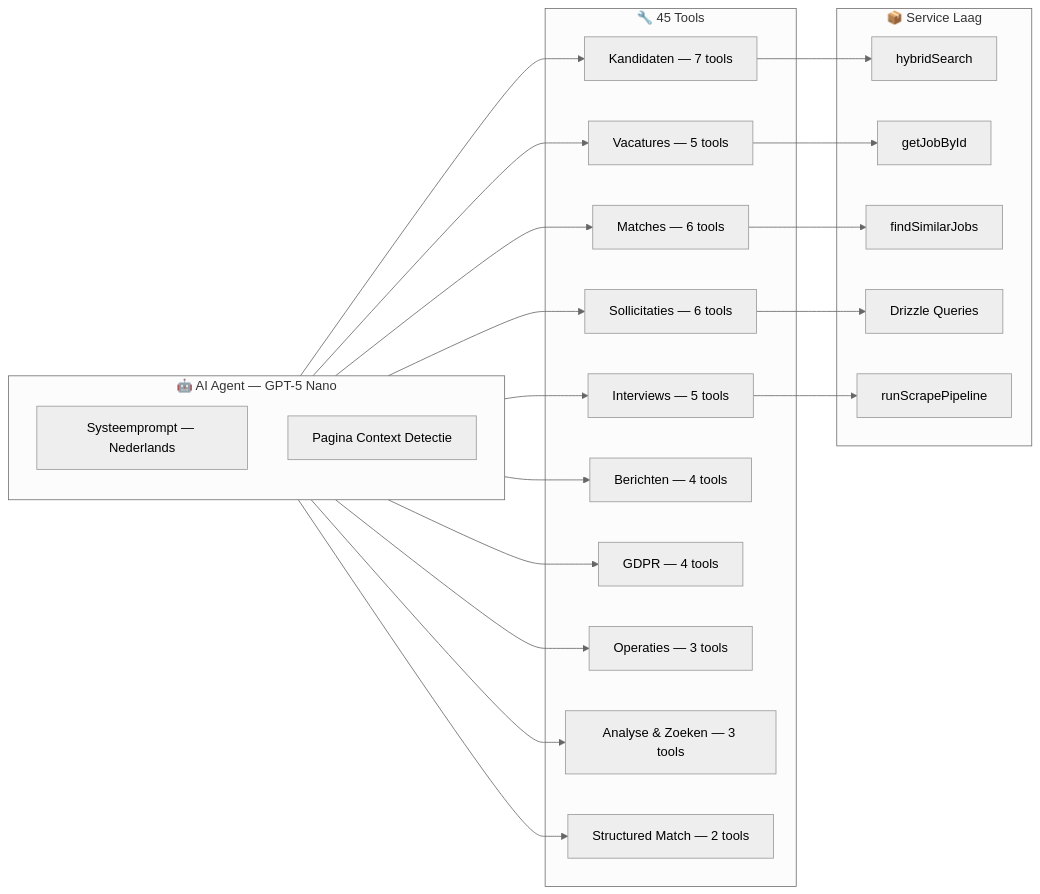
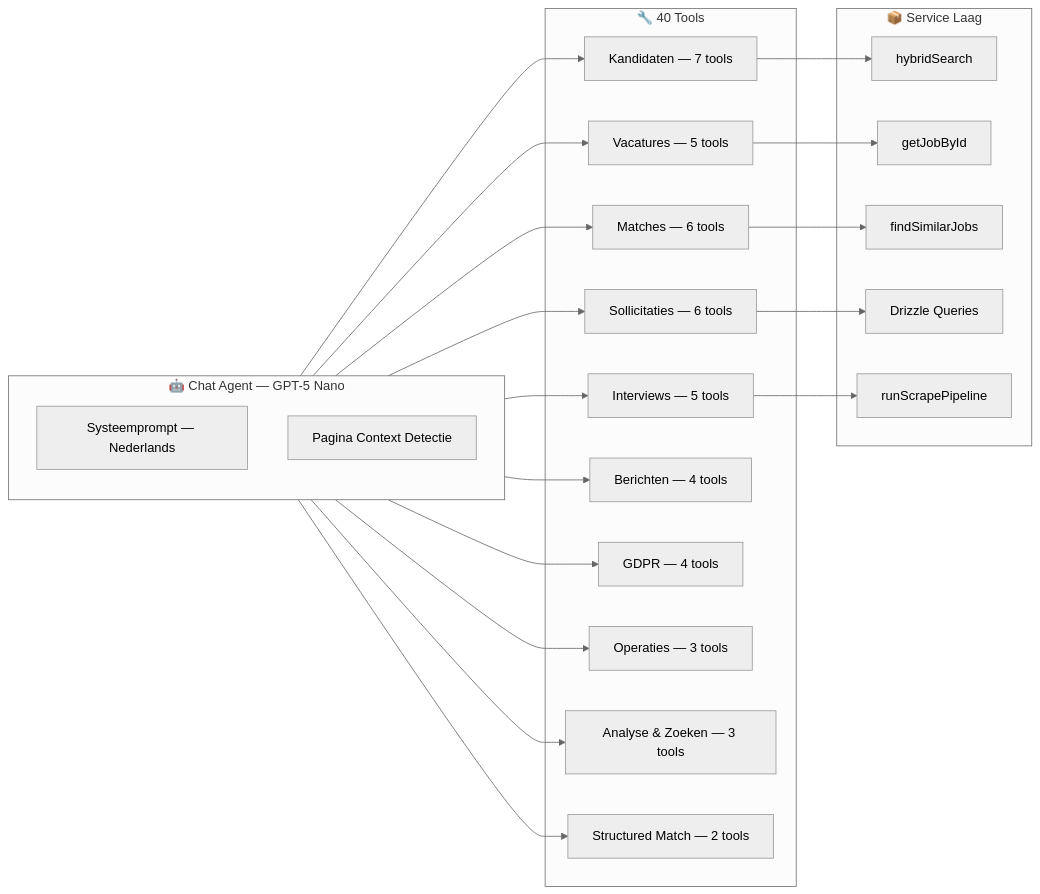
Before and after one commit to RyanLisse/motian: the fourth of 12 diagrams in README.md, drawn with Mermaid (neutral theme). The commit also changed other lines of this file and 9 other files, not shown here.

````diff
--- a/README.md
+++ b/README.md
@@ -149,39 +203,39 @@
 ```mermaid
 graph LR
-    subgraph Agent["🤖 AI Agent — GPT-5 Nano"]
+    subgraph Agent["🤖 Chat Agent — GPT-5 Nano"]
         SYS[Systeemprompt — Nederlands]
         CTX[Pagina Context Detectie]
     end
 
-    subgraph Tools["🔧 45 Tools"]
+    subgraph Tools["🔧 40 Tools"]
         T1[Kandidaten — 7 tools]
         T2[Vacatures — 5 tools]
         T3[Matches — 6 tools]
         T4[Sollicitaties — 6 tools]
         T5[Interviews — 5 tools]
         T6[Berichten — 4 tools]
         T7[GDPR — 4 tools]
         T8[Operaties — 3 tools]
         T9[Analyse & Zoeken — 3 tools]
         T10[Structured Match — 2 tools]
     end
 
     subgraph Diensten["📦 Service Laag"]
         S1[hybridSearch]
         S2[getJobById]
         S3[findSimilarJobs]
         S4[Drizzle Queries]
         S5[runScrapePipeline]
     end
 
     Agent --> T1 --> S1
     Agent --> T2 --> S2
     Agent --> T3 --> S3
     Agent --> T4 --> S4
     Agent --> T5 --> S5
     Agent --> T6
     Agent --> T7
     Agent --> T8
     Agent --> T9
     Agent --> T10
 ```
````
